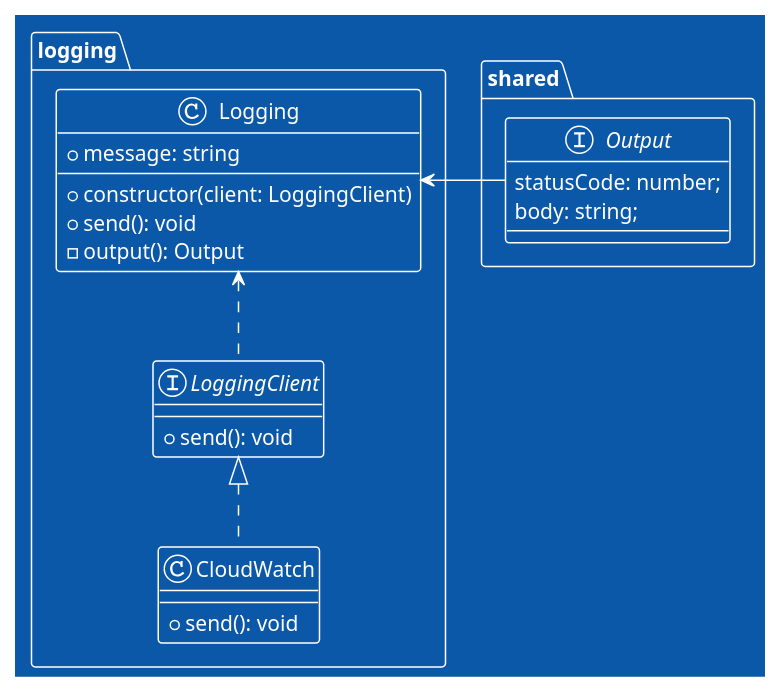
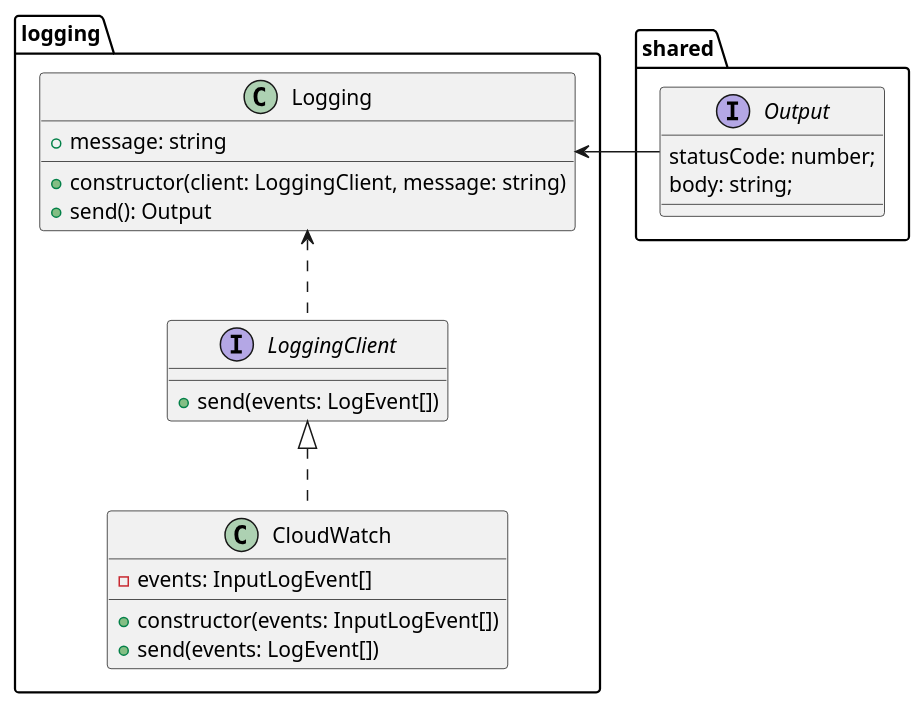
Before and after one commit to cesarkohl/dunderly: the diagram in main.puml, drawn with PlantUML. The commit also changed 6 other files, not shown here.

```diff
--- a/main.puml
+++ b/main.puml
@@ -1,26 +1,27 @@
 @startuml
-!theme amiga
+'!theme amiga
 
 package shared {
     interface Output {
         statusCode: number;
         body: string;
     }
 }
 package logging {
     class Logging {
         + message: string
-        + constructor(client: LoggingClient)
-        + send(): void
-        - output(): Output
+        + constructor(client: LoggingClient, message: string)
+        + send(): Output
     }
     interface LoggingClient {
-        + send(): void
+        + send(events: LogEvent[])
     }
     class CloudWatch implements LoggingClient {
-        + send(): void
+        - events: InputLogEvent[]
+        + constructor(events: InputLogEvent[])
+        + send(events: LogEvent[])
     }
     Logging <.. LoggingClient
     Logging <- Output
 }
 @enduml
```
